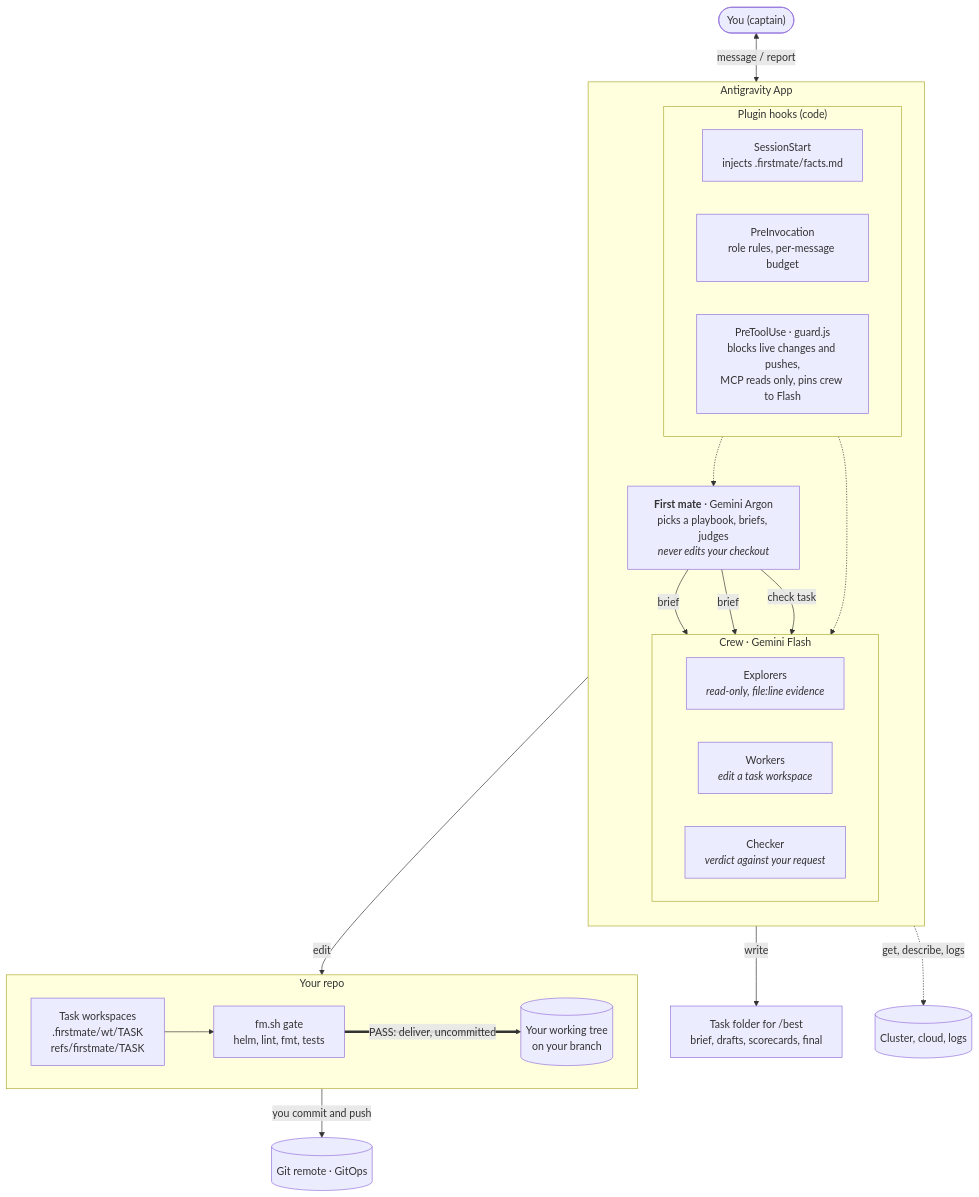
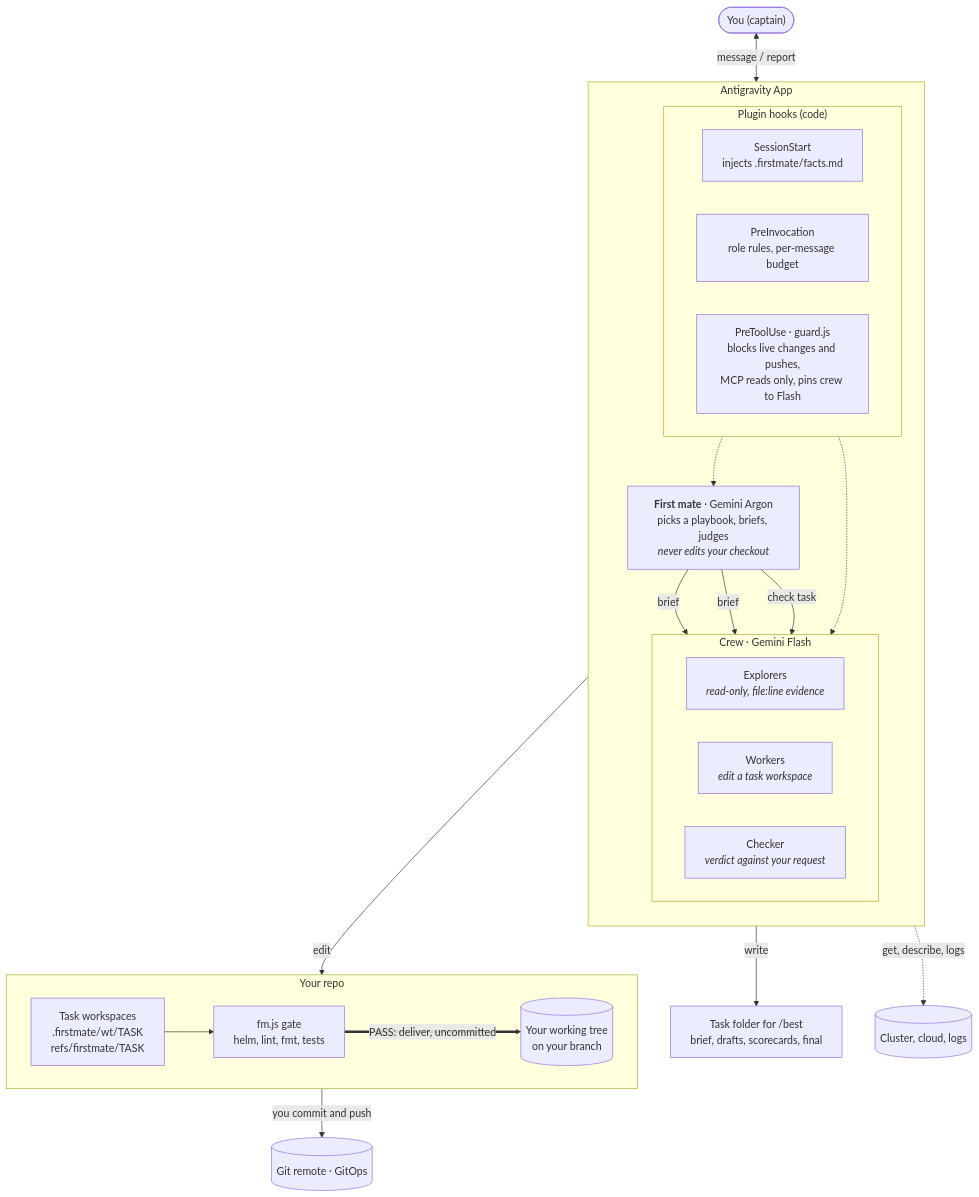
The first of 2 diagrams in README.md (cuongtt0201/antigravity-firstmate), drawn with Mermaid before and after one commit. The commit also changed other lines of this file and 23 other files, not shown here.

````diff
--- a/README.md
+++ b/README.md
@@ -18,45 +18,45 @@
 ```mermaid
 flowchart TB
   you(["You (captain)"])
 
   subgraph app["Antigravity App"]
     direction TB
     subgraph hooks["Plugin hooks (code)"]
       direction LR
       ss["SessionStart<br/>injects .firstmate/facts.md"]
       pi["PreInvocation<br/>role rules, per-message budget"]
       guard["PreToolUse · guard.js<br/>blocks live changes and pushes,<br/>MCP reads only, pins crew to Flash"]
     end
     fm["<b>First mate</b> · Gemini Argon<br/>picks a playbook, briefs, judges<br/><i>never edits your checkout</i>"]
     subgraph crew["Crew · Gemini Flash"]
       direction LR
       ex["Explorers<br/><i>read-only, file:line evidence</i>"]
       wk["Workers<br/><i>edit a task workspace</i>"]
       ck["Checker<br/><i>verdict against your request</i>"]
     end
   end
 
   subgraph repo["Your repo"]
     direction LR
     wt["Task workspaces<br/>.firstmate/wt/TASK<br/>refs/firstmate/TASK"]
-    gate["fm.sh gate<br/>helm, lint, fmt, tests"]
+    gate["fm.js gate<br/>helm, lint, fmt, tests"]
     tree[("Your working tree<br/>on your branch")]
   end
 
   docs["Task folder for /best<br/>brief, drafts, scorecards, final"]
   live[("Cluster, cloud, logs")]
   remote[("Git remote · GitOps")]
 
   you <-->|"message / report"| fm
   hooks -.-> fm
   hooks -.-> crew
   fm -->|"brief"| ex
   fm -->|"brief"| wk
   fm -->|"check task"| ck
   ex -.->|"get, describe, logs"| live
   wk -->|"edit"| wt
   wk -->|"write"| docs
   wt --> gate
   gate ==>|"PASS: deliver, uncommitted"| tree
   tree -->|"you commit and push"| remote
 ```
````
